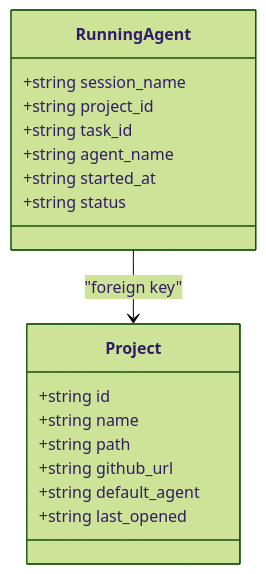
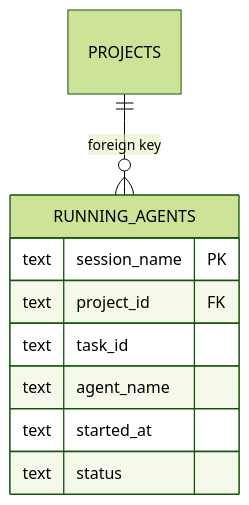
The sixth of 8 diagrams in .qoder/repowiki/en/content/Database Schema.md (bramburn/agtx), drawn with Mermaid (forest theme) before and after one commit. The commit also changed other lines of this file and 140 other files, not shown here.

````diff
--- a/.qoder/repowiki/en/content/Database Schema.md
+++ b/.qoder/repowiki/en/content/Database Schema.md
@@ -316,20 +212,12 @@
 ```mermaid
-classDiagram
-class RunningAgent {
-+string session_name
-+string project_id
-+string task_id
-+string agent_name
-+string started_at
-+string status
+erDiagram
+RUNNING_AGENTS {
+text session_name PK
+text project_id FK
+text task_id
+text agent_name
+text started_at
+text status
 }
-class Project {
-+string id
-+string name
-+string path
-+string github_url
-+string default_agent
-+string last_opened
-}
-RunningAgent --> Project : "foreign key"
+PROJECTS ||--o{ RUNNING_AGENTS : "foreign key"
 ```
````
